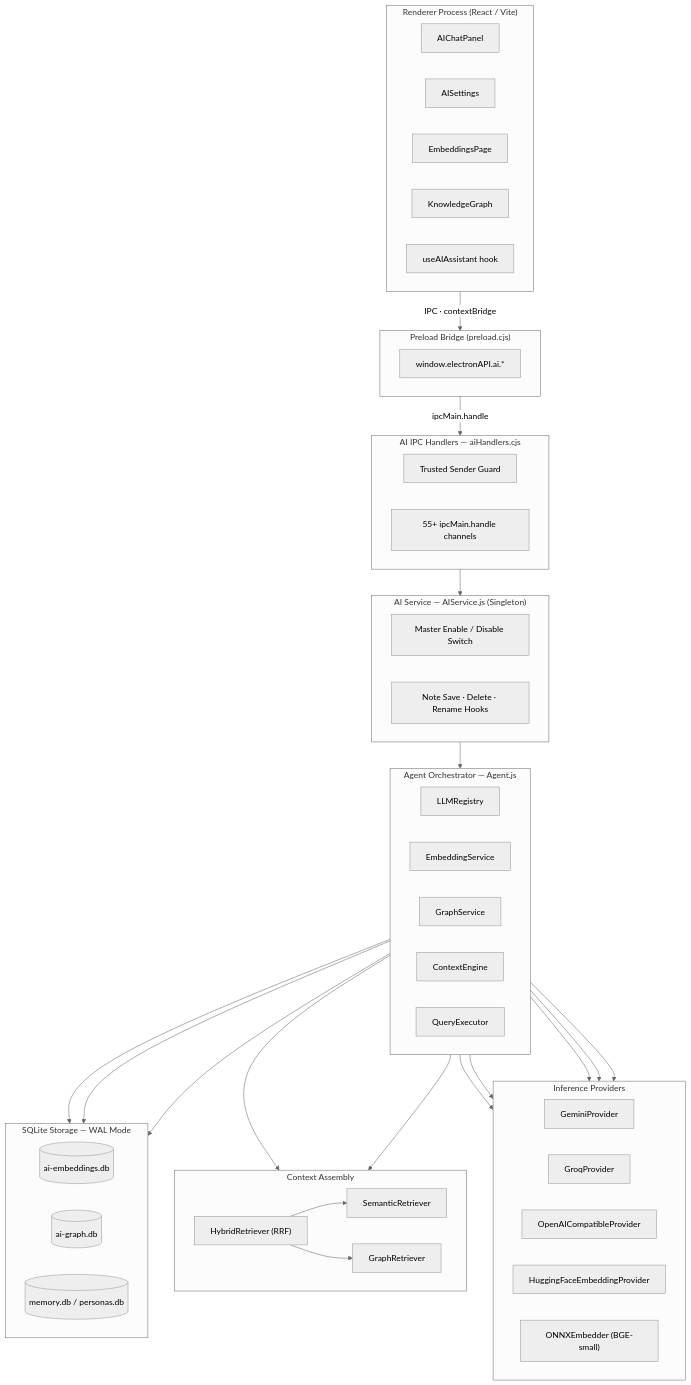
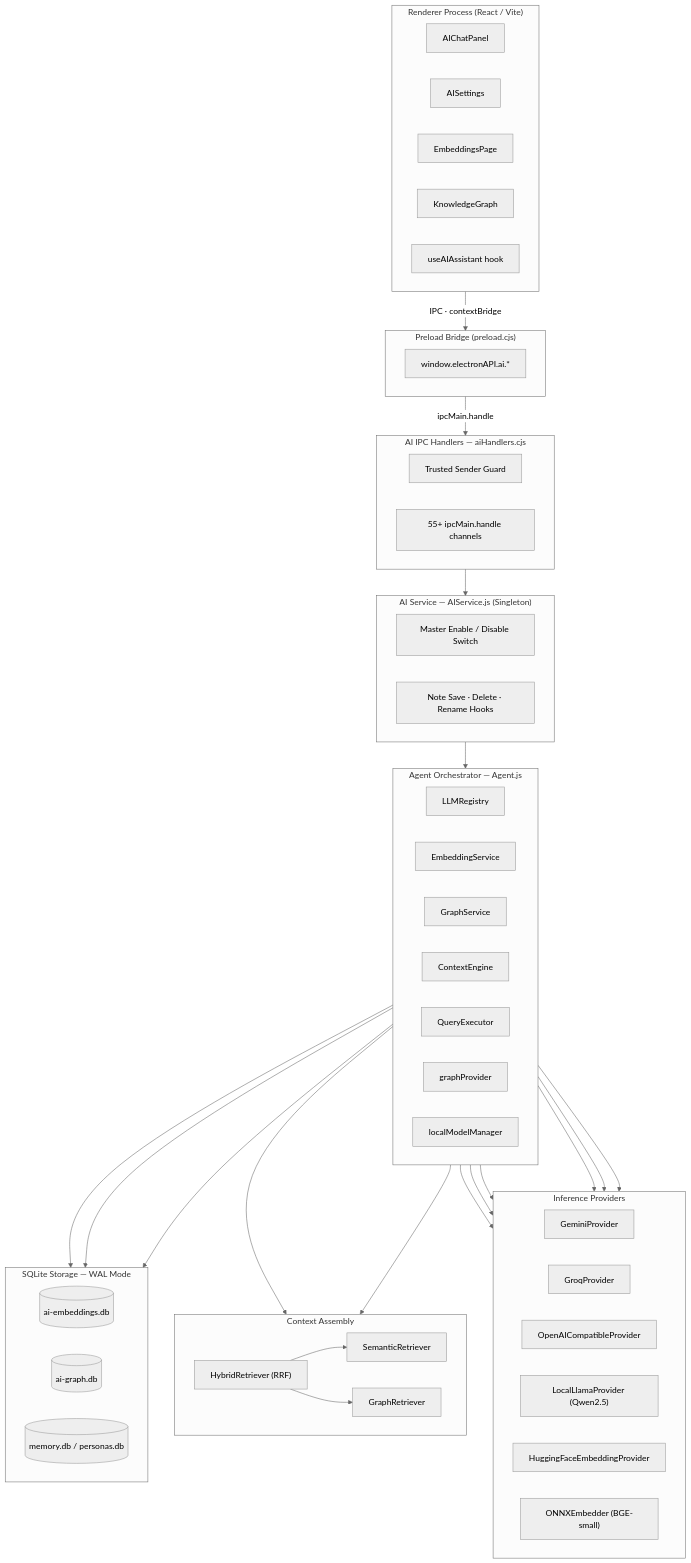
The diagram in docs/ai/architecture.md (WGLabz/Notely), drawn with Mermaid (neutral theme) before and after one commit. The commit also changed other lines of this file and 18 other files, not shown here.

Commit message:
Added support for local graph generator

````diff
--- a/docs/ai/architecture.md
+++ b/docs/ai/architecture.md
@@ -18,58 +24,59 @@
 ```mermaid
 flowchart TD
     subgraph Renderer["Renderer Process (React / Vite)"]
         direction LR
         ACP["AIChatPanel"] & AIS["AISettings"] & EBP["EmbeddingsPage"] & KGV["KnowledgeGraph"]
         UAI["useAIAssistant hook"]
     end
 
     subgraph Preload["Preload Bridge (preload.cjs)"]
         CB["window.electronAPI.ai.*"]
     end
 
     subgraph Handlers["AI IPC Handlers — aiHandlers.cjs"]
         TRUST["Trusted Sender Guard"]
         CHAN["55+ ipcMain.handle channels"]
     end
 
     subgraph AIService["AI Service — AIService.js (Singleton)"]
         SW["Master Enable / Disable Switch"]
         HOOKS["Note Save · Delete · Rename Hooks"]
     end
 
     subgraph Agent["Agent Orchestrator — Agent.js"]
         direction LR
         LR["LLMRegistry"] & ES["EmbeddingService"] & GS["GraphService"] & CE["ContextEngine"] & QE["QueryExecutor"]
+        GP["graphProvider"] & LMM["localModelManager"]
     end
 
     subgraph Providers["Inference Providers"]
         direction LR
-        GEM["GeminiProvider"] & GRQ["GroqProvider"] & OAI["OpenAICompatibleProvider"]
+        GEM["GeminiProvider"] & GRQ["GroqProvider"] & OAI["OpenAICompatibleProvider"] & LLP["LocalLlamaProvider (Qwen2.5)"]
         HFEP["HuggingFaceEmbeddingProvider"] & ONNXE["ONNXEmbedder (BGE-small)"]
     end
 
     subgraph Retrieval["Context Assembly"]
         direction LR
         SR["SemanticRetriever"] & GR["GraphRetriever"] & HR["HybridRetriever (RRF)"]
     end
 
     subgraph Storage["SQLite Storage — WAL Mode"]
         direction LR
         EMBDB[("ai-embeddings.db")] & GRDB[("ai-graph.db")] & MEMDB[("memory.db / personas.db")]
     end
 
     Renderer -->|"IPC · contextBridge"| Preload
     Preload -->|"ipcMain.handle"| Handlers
     Handlers --> AIService
     AIService --> Agent
 
-    LR --> GEM & GRQ & OAI
+    LR --> GEM & GRQ & OAI & LLP
     ES --> HFEP & ONNXE
 
     CE --> SR & GR
     HR --> SR & GR
 
     ES --> EMBDB
     GS --> GRDB
     CE --> MEMDB
 ```
````
